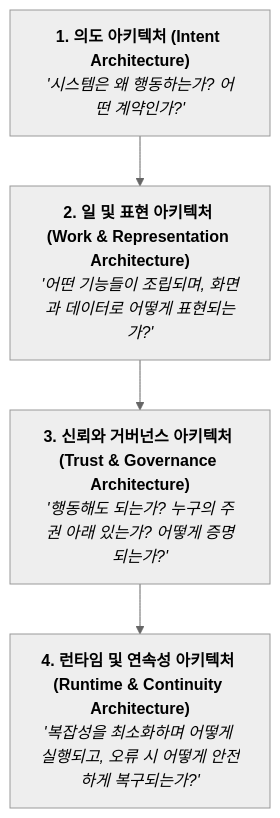
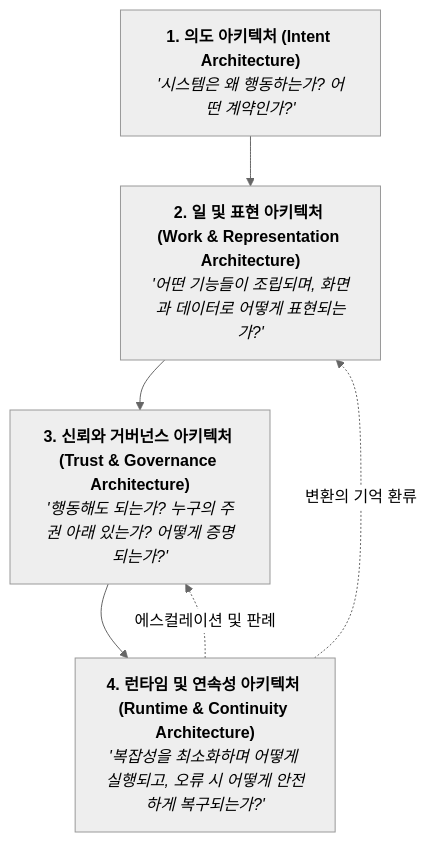
One commit to kocean-dev/judgment-computing changed the second of 3 diagrams in ARCHITECTURE.Ko.md. Above: the diagram before and after it, drawn with Mermaid (neutral theme). The commit also changed other lines of this file and 5 other files, not shown here.

Commit message:
docs: align architecture/glossary invariants with book baseline and refine §5 boundaries

````diff
--- a/ARCHITECTURE.Ko.md
+++ b/ARCHITECTURE.Ko.md
@@ -34,9 +34,11 @@
 ```mermaid
 flowchart TD
     L1["<b>1. 의도 아키텍처 (Intent Architecture)</b><br><i>'시스템은 왜 행동하는가? 어떤 계약인가?'</i>"]
     L2["<b>2. 일 및 표현 아키텍처 (Work & Representation Architecture)</b><br><i>'어떤 기능들이 조립되며, 화면과 데이터로 어떻게 표현되는가?'</i>"]
     L3["<b>3. 신뢰와 거버넌스 아키텍처 (Trust & Governance Architecture)</b><br><i>'행동해도 되는가? 누구의 주권 아래 있는가? 어떻게 증명되는가?'</i>"]
     L4["<b>4. 런타임 및 연속성 아키텍처 (Runtime & Continuity Architecture)</b><br><i>'복잡성을 최소화하며 어떻게 실행되고, 오류 시 어떻게 안전하게 복구되는가?'</i>"]
 
     L1 --> L2 --> L3 --> L4
+    L4 -. "에스컬레이션 및 판례" .-> L3
+    L4 -. "변환의 기억 환류" .-> L2
 ```
````
